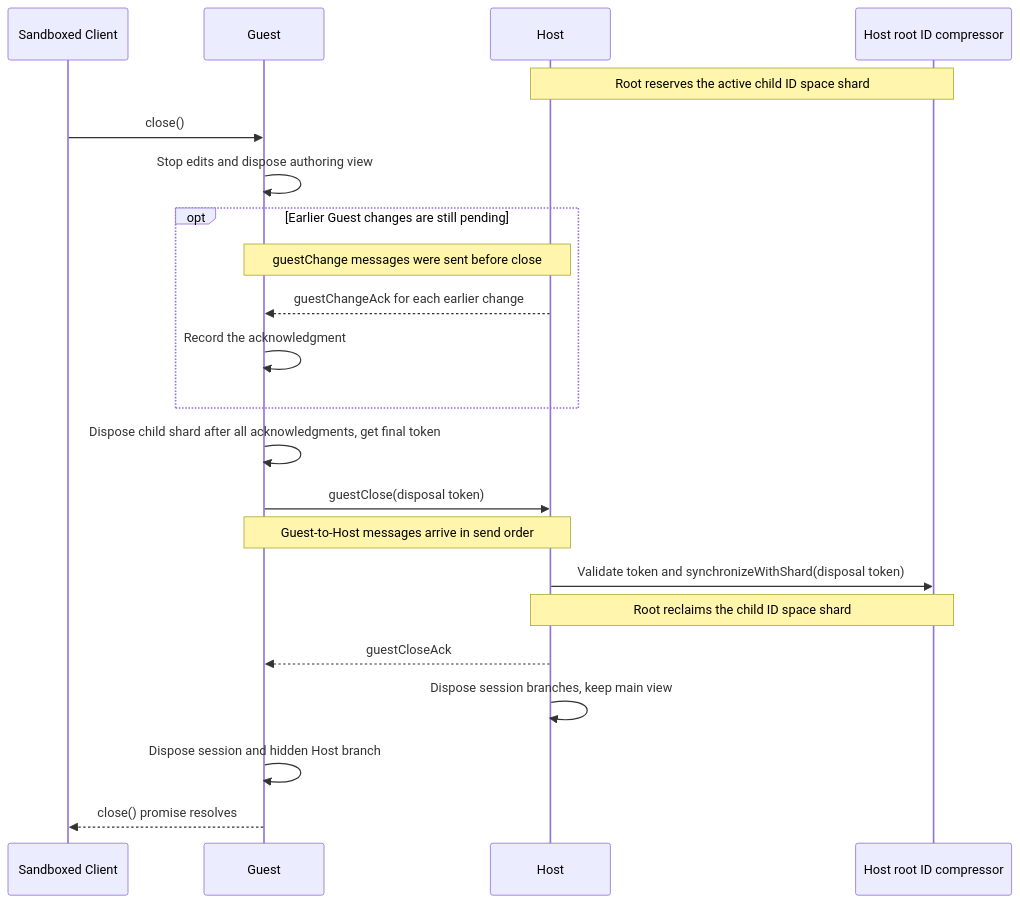
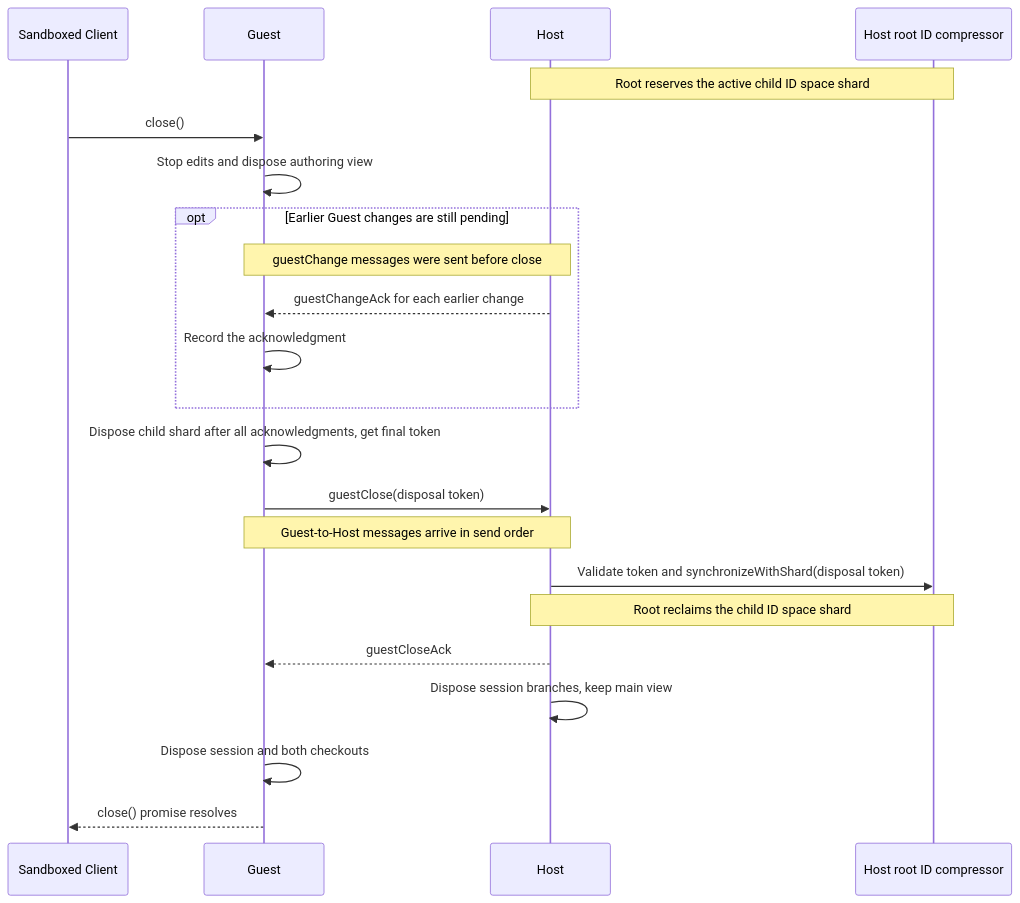
One commit to microsoft/FluidFramework changed the third of 5 diagrams in packages/dds/tree/src/test/shared-tree/sandboxing/sandboxing.md. Above: the diagram before and after it, drawn with Mermaid. The commit also changed other lines of this file and 3 other files, not shown here.

````diff
--- a/packages/dds/tree/src/test/shared-tree/sandboxing/sandboxing.md
+++ b/packages/dds/tree/src/test/shared-tree/sandboxing/sandboxing.md
@@ -307,25 +307,25 @@
 ```mermaid
 sequenceDiagram
     participant Client as Sandboxed Client
     participant Guest
     participant Host
     participant Root as Host root ID compressor
 
     Note over Host,Root: Root reserves the active child ID space shard
     Client->>Guest: close()
     Guest->>Guest: Stop edits and dispose authoring view
     opt Earlier Guest changes are still pending
         Note over Guest,Host: guestChange messages were sent before close
         Host-->>Guest: guestChangeAck for each earlier change
         Guest->>Guest: Record the acknowledgment
     end
     Guest->>Guest: Dispose child shard after all acknowledgments, get final token
     Guest->>Host: guestClose(disposal token)
     Note over Guest,Host: Guest-to-Host messages arrive in send order
     Host->>Root: Validate token and synchronizeWithShard(disposal token)
     Note over Host,Root: Root reclaims the child ID space shard
     Host-->>Guest: guestCloseAck
     Host->>Host: Dispose session branches, keep main view
-    Guest->>Guest: Dispose session and hidden Host branch
+    Guest->>Guest: Dispose session and both checkouts
     Guest-->>Client: close() promise resolves
 ```
````
